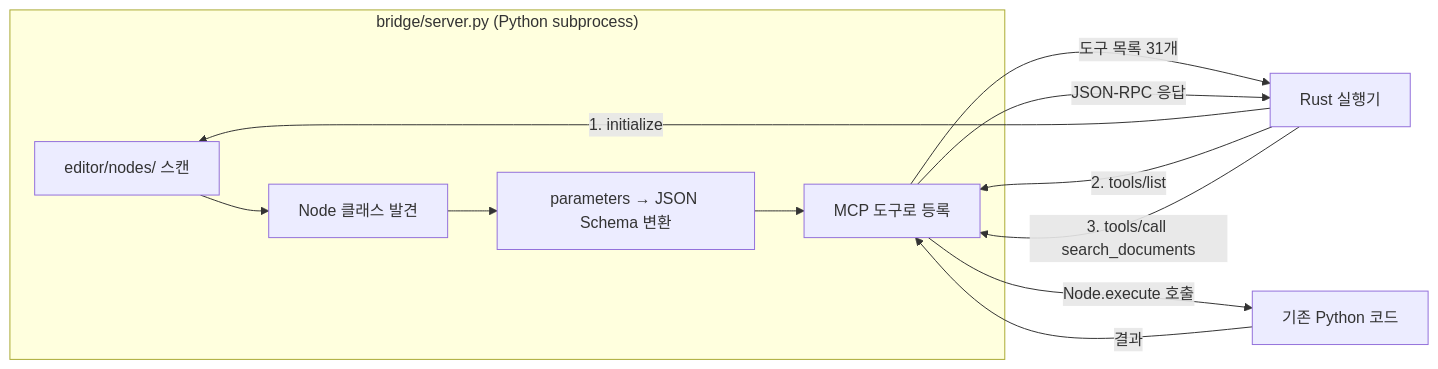
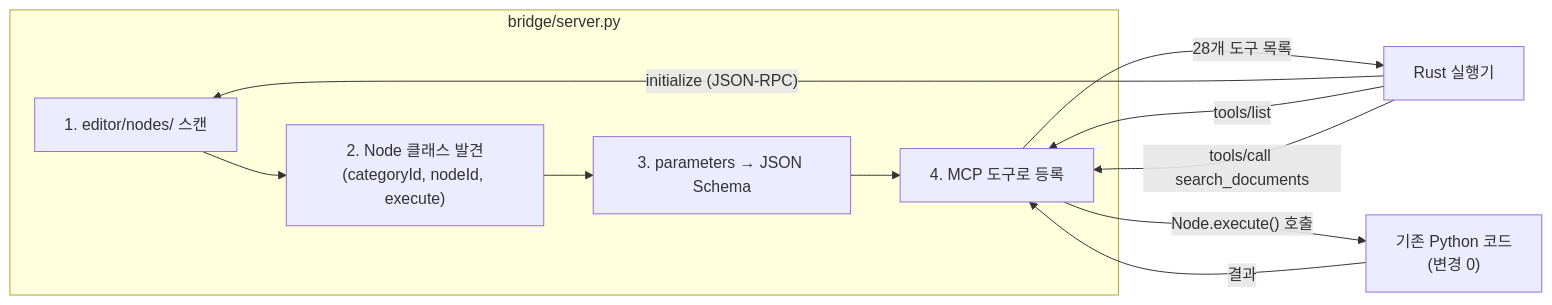
The third of 3 diagrams in README.md (jinsoo96/xgen-harness-executor), drawn with Mermaid before and after one commit. The commit also changed other lines of this file, not shown here.

````diff
--- a/README.md
+++ b/README.md
@@ -172,16 +238,15 @@
 ```mermaid
 graph LR
-    subgraph "bridge/server.py (Python subprocess)"
-        A[editor/nodes/ 스캔] --> B[Node 클래스 발견]
-        B --> C[parameters → JSON Schema 변환]
-        C --> D[MCP 도구로 등록]
+    subgraph "bridge/server.py"
+        A["1. editor/nodes/ 스캔"] --> B["2. Node 클래스 발견<br/>(categoryId, nodeId, execute)"]
+        B --> C["3. parameters → JSON Schema"]
+        C --> D["4. MCP 도구로 등록"]
     end
 
-    E[Rust 실행기] -->|1. initialize| A
-    E -->|2. tools/list| D
-    D -->|도구 목록 31개| E
-    E -->|3. tools/call search_documents| D
-    D -->|Node.execute 호출| F[기존 Python 코드]
-    F -->|결과| D
-    D -->|JSON-RPC 응답| E
+    E["Rust 실행기"] -->|"initialize (JSON-RPC)"| A
+    E -->|"tools/list"| D
+    D -->|"28개 도구 목록"| E
+    E -->|"tools/call search_documents"| D
+    D -->|"Node.execute() 호출"| F["기존 Python 코드<br/>(변경 0)"]
+    F -->|"결과"| D
 ```
````
